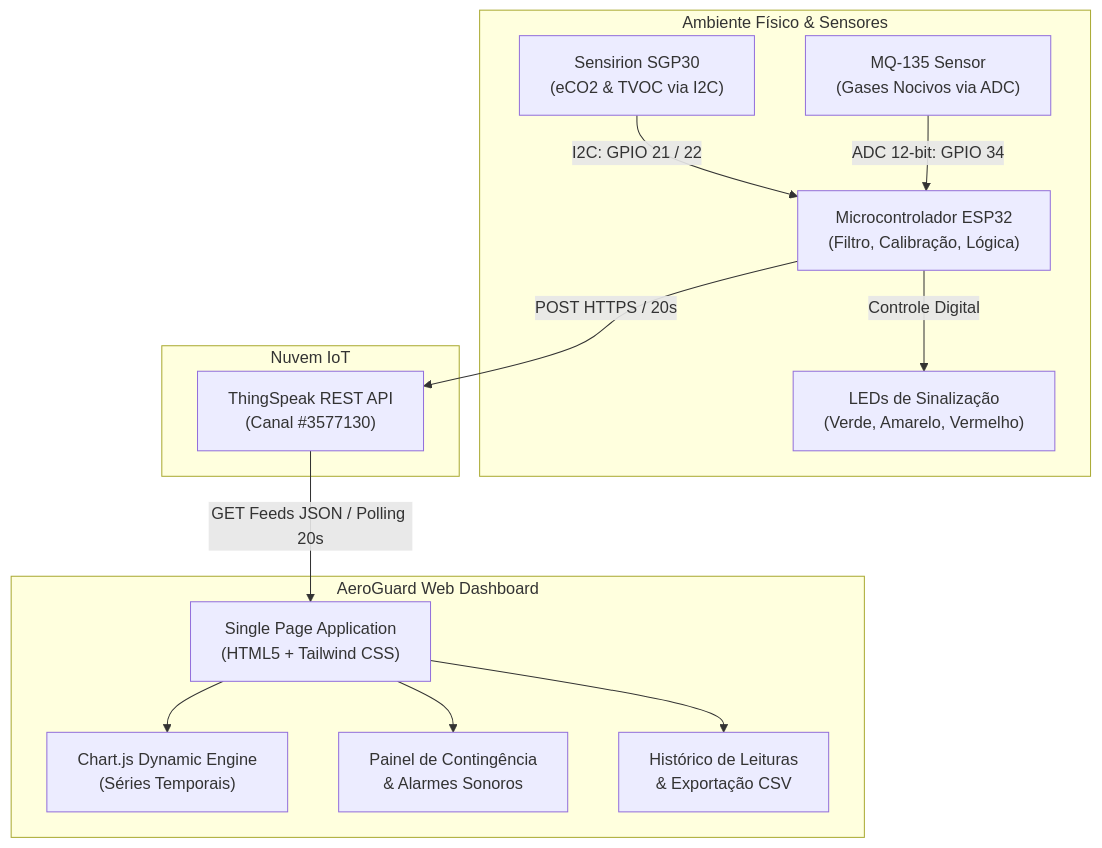
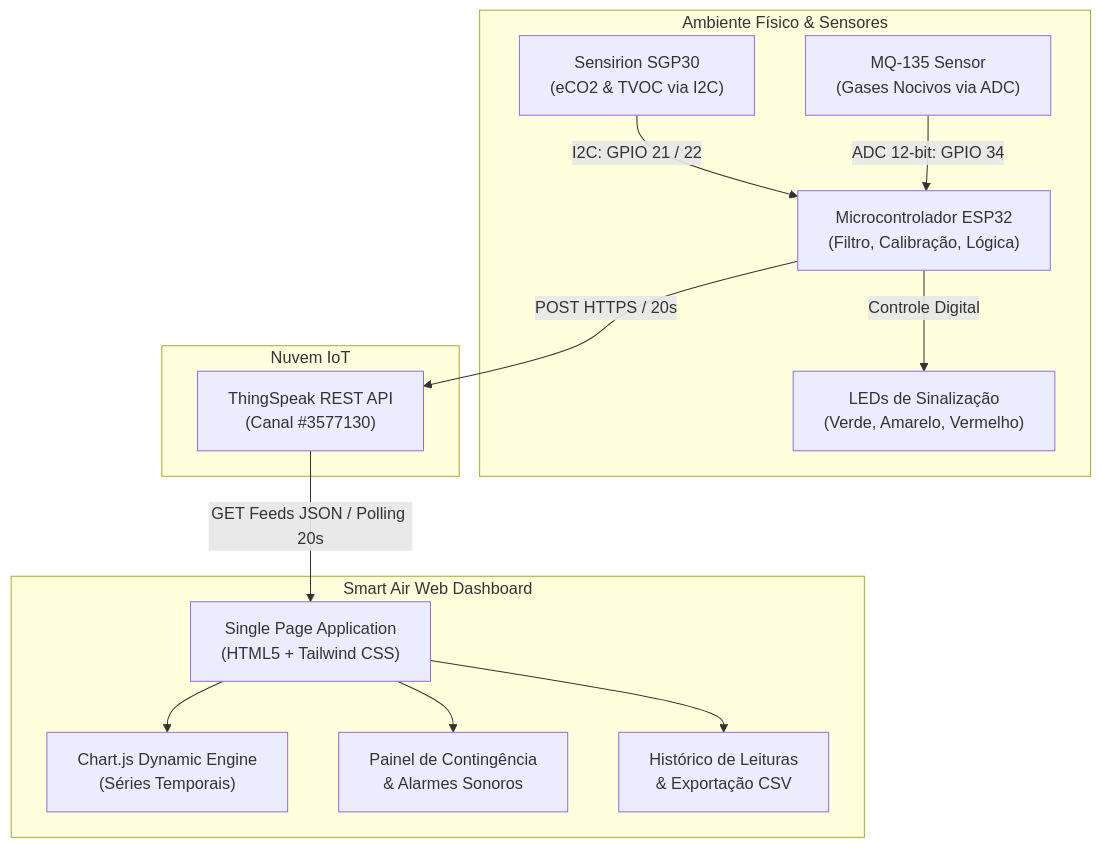
One commit to milarocha30/Monitoramento-Qualidade-do-Ar-Esp32 changed the diagram in README.md. Above: the diagram before and after it, drawn with Mermaid. The commit also changed other lines of this file and 3 other files, not shown here.

Commit message:
refactor(web): rename application to Smart Air in dashboard and titles

````diff
--- a/README.md
+++ b/README.md
@@ -40,29 +40,29 @@
 ```mermaid
 flowchart TD
     subgraph Hardware ["Ambiente Físico & Sensores"]
         SGP30["Sensirion SGP30\n(eCO2 & TVOC via I2C)"]
         MQ135["MQ-135 Sensor\n(Gases Nocivos via ADC)"]
         LEDs["LEDs de Sinalização\n(Verde, Amarelo, Vermelho)"]
         ESP32["Microcontrolador ESP32\n(Filtro, Calibração, Lógica)"]
     end
 
     subgraph Cloud ["Nuvem IoT"]
         ThingSpeak["ThingSpeak REST API\n(Canal #3577130)"]
     end
 
-    subgraph Frontend ["AeroGuard Web Dashboard"]
+    subgraph Frontend ["Smart Air Web Dashboard"]
         SPA["Single Page Application\n(HTML5 + Tailwind CSS)"]
         Charts["Chart.js Dynamic Engine\n(Séries Temporais)"]
         Alerts["Painel de Contingência\n& Alarmes Sonoros"]
         History["Histórico de Leituras\n& Exportação CSV"]
     end
 
     SGP30 -->|I2C: GPIO 21 / 22| ESP32
     MQ135 -->|ADC 12-bit: GPIO 34| ESP32
     ESP32 -->|Controle Digital| LEDs
     ESP32 -->|POST HTTPS / 20s| ThingSpeak
     ThingSpeak -->|GET Feeds JSON / Polling 20s| SPA
     SPA --> Charts
     SPA --> Alerts
     SPA --> History
 ```
````
